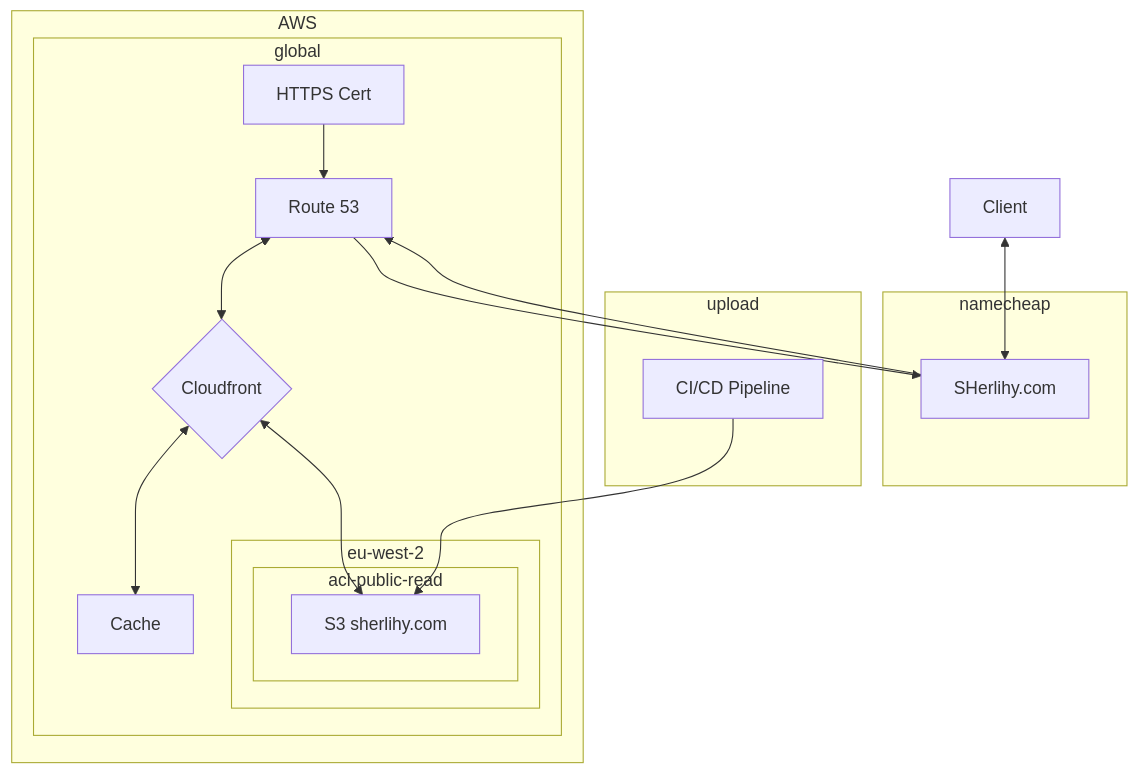
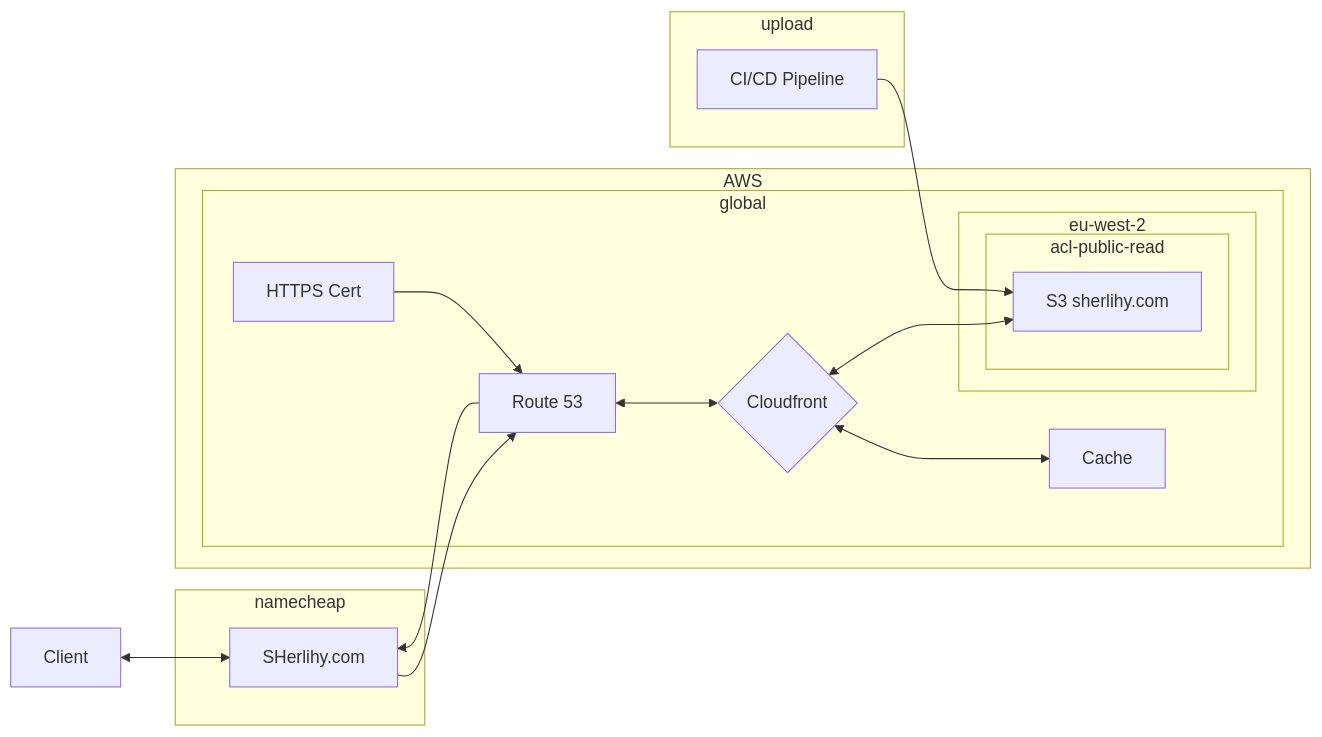
Before and after one commit to SHerlihy/sherlihy-dot-com: the second of 2 diagrams in README.md, drawn with Mermaid. The commit also changed other lines of this file and 5 other files, not shown here.

Commit message:
add diagram md to readme md

````diff
--- a/README.md
+++ b/README.md
@@ -215,37 +230,39 @@
 ```mermaid
-            flowchart TB
-subgraph AWS
-subgraph global
-    DNS{Cloudfront}
-    R53[Route 53]
-    Cert[HTTPS Cert]
+
+    flowchart LR
+
+    Client <--> Site
     
-    Cert --> R53
-    R53 <--> DNS
-    DNS <--> Cache
-    DNS <--> S3
+    subgraph namecheap
+        Site[SHerlihy.com]
+    end
     
-    subgraph eu-west-2
-        subgraph acl-public-read
-            S3[S3 sherlihy.com]
+    Site --> R53
+    R53 --> Site
+
+    subgraph AWS
+    subgraph global
+        DNS{Cloudfront}
+        R53[Route 53]
+        Cert[HTTPS Cert]
+        
+        Cert --> R53
+        R53 <--> DNS
+        DNS <--> Cache
+        DNS <--> S3
+        
+        subgraph eu-west-2
+            subgraph acl-public-read
+                S3[S3 sherlihy.com]
+            end
         end
     end
-end
-end
-
-subgraph upload
-Actions[CI/CD Pipeline]
-Actions --> S3
-end
-
-Client <--> Site
-
-subgraph namecheap
-    Site[SHerlihy.com]
-end
-
-Site --> R53
-R53 --> Site
+    end
+    
+    subgraph upload
+    Actions[CI/CD Pipeline]
+    Actions --> S3
+    end
 
 
 ```
````
